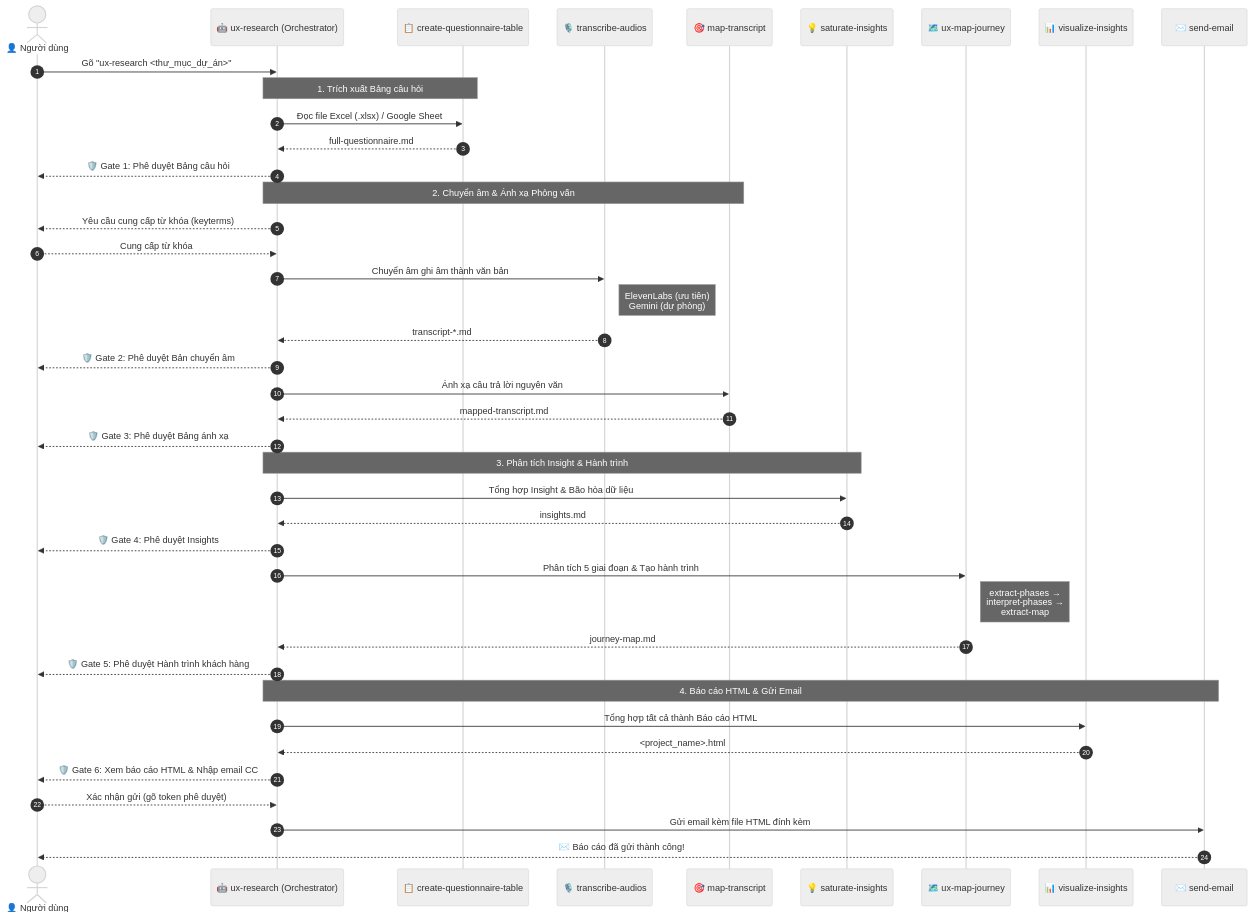
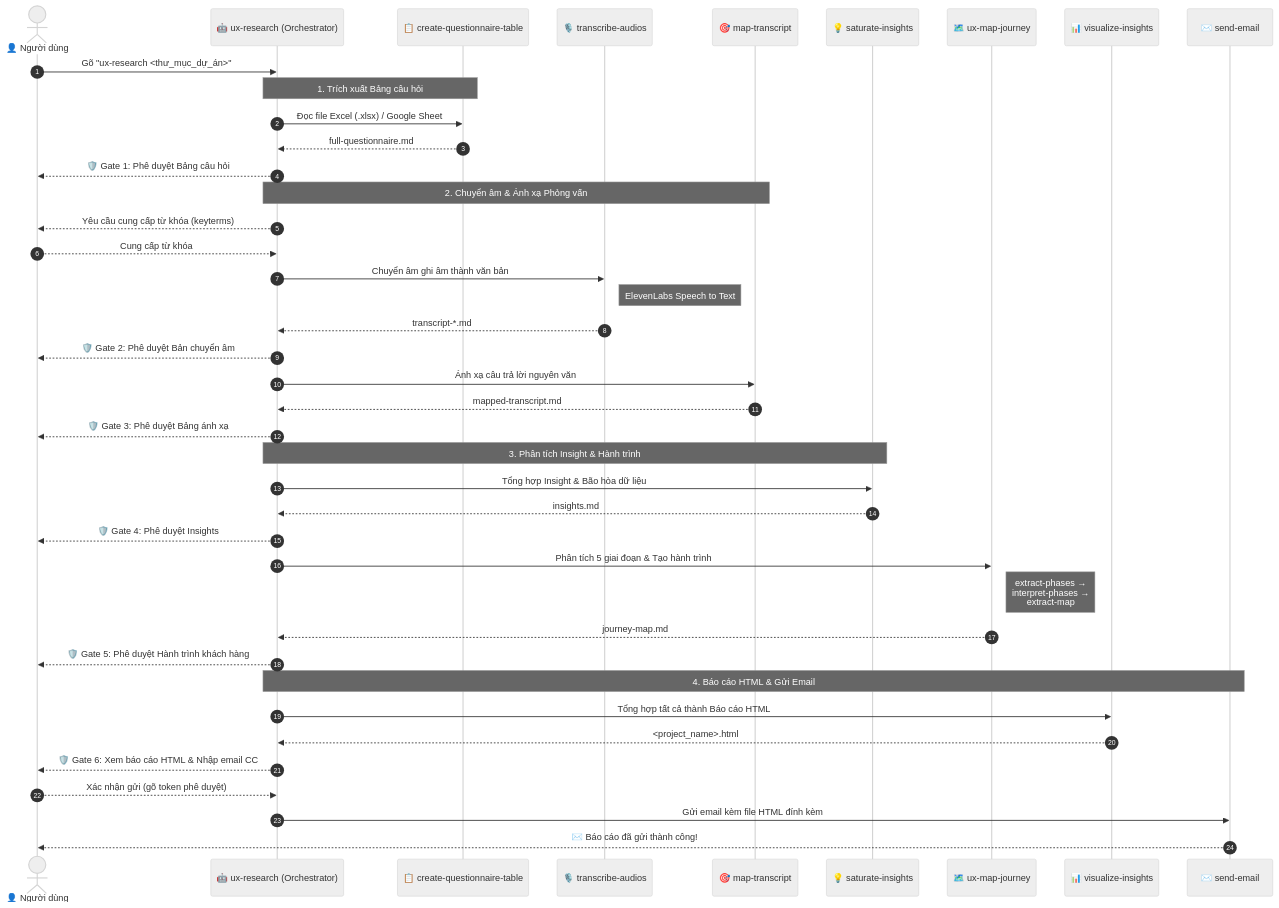
Before and after one commit to nguyenlamhai89/UX-Agent: the diagram in README.md, drawn with Mermaid (neutral theme). The commit also changed other lines of this file and 6 other files, not shown here.

Commit message:
update: use ElevenLabs-only transcription

````diff
--- a/README.md
+++ b/README.md
@@ -95,48 +93,48 @@
 ```mermaid
 sequenceDiagram
     autonumber
     actor User as 👤 Người dùng
     participant Parent as 🤖 ux-research (Orchestrator)
     participant CQT as 📋 create-questionnaire-table
     participant STT as 🎙️ transcribe-audios
     participant MT as 🎯 map-transcript
     participant SA as 💡 saturate-insights
     participant UXM as 🗺️ ux-map-journey
     participant VIS as 📊 visualize-insights
     participant EMAIL as ✉️ send-email
 
     User->>Parent: Gõ "ux-research <thư_mục_dự_án>"
     
     Note over Parent, CQT: 1. Trích xuất Bảng câu hỏi
     Parent->>CQT: Đọc file Excel (.xlsx) / Google Sheet
     CQT-->>Parent: full-questionnaire.md
     Parent-->>User: 🛡️ Gate 1: Phê duyệt Bảng câu hỏi
 
     Note over Parent, MT: 2. Chuyển âm & Ánh xạ Phỏng vấn
     Parent-->>User: Yêu cầu cung cấp từ khóa (keyterms)
     User-->>Parent: Cung cấp từ khóa
     Parent->>STT: Chuyển âm ghi âm thành văn bản
-    Note right of STT: ElevenLabs (ưu tiên)<br/>Gemini (dự phòng)
+    Note right of STT: ElevenLabs Speech to Text
     STT-->>Parent: transcript-*.md
     Parent-->>User: 🛡️ Gate 2: Phê duyệt Bản chuyển âm
     Parent->>MT: Ánh xạ câu trả lời nguyên văn
     MT-->>Parent: mapped-transcript.md
     Parent-->>User: 🛡️ Gate 3: Phê duyệt Bảng ánh xạ
 
     Note over Parent, SA: 3. Phân tích Insight & Hành trình
     Parent->>SA: Tổng hợp Insight & Bão hòa dữ liệu
     SA-->>Parent: insights.md
     Parent-->>User: 🛡️ Gate 4: Phê duyệt Insights
     Parent->>UXM: Phân tích 5 giai đoạn & Tạo hành trình
     Note right of UXM: extract-phases →<br/>interpret-phases →<br/>extract-map
     UXM-->>Parent: journey-map.md
     Parent-->>User: 🛡️ Gate 5: Phê duyệt Hành trình khách hàng
 
     Note over Parent, EMAIL: 4. Báo cáo HTML & Gửi Email
     Parent->>VIS: Tổng hợp tất cả thành Báo cáo HTML
     VIS-->>Parent: <project_name>.html
     Parent-->>User: 🛡️ Gate 6: Xem báo cáo HTML & Nhập email CC
     User-->>Parent: Xác nhận gửi (gõ token phê duyệt)
     Parent->>EMAIL: Gửi email kèm file HTML đính kèm
     EMAIL-->>User: ✉️ Báo cáo đã gửi thành công!
 ```
````
